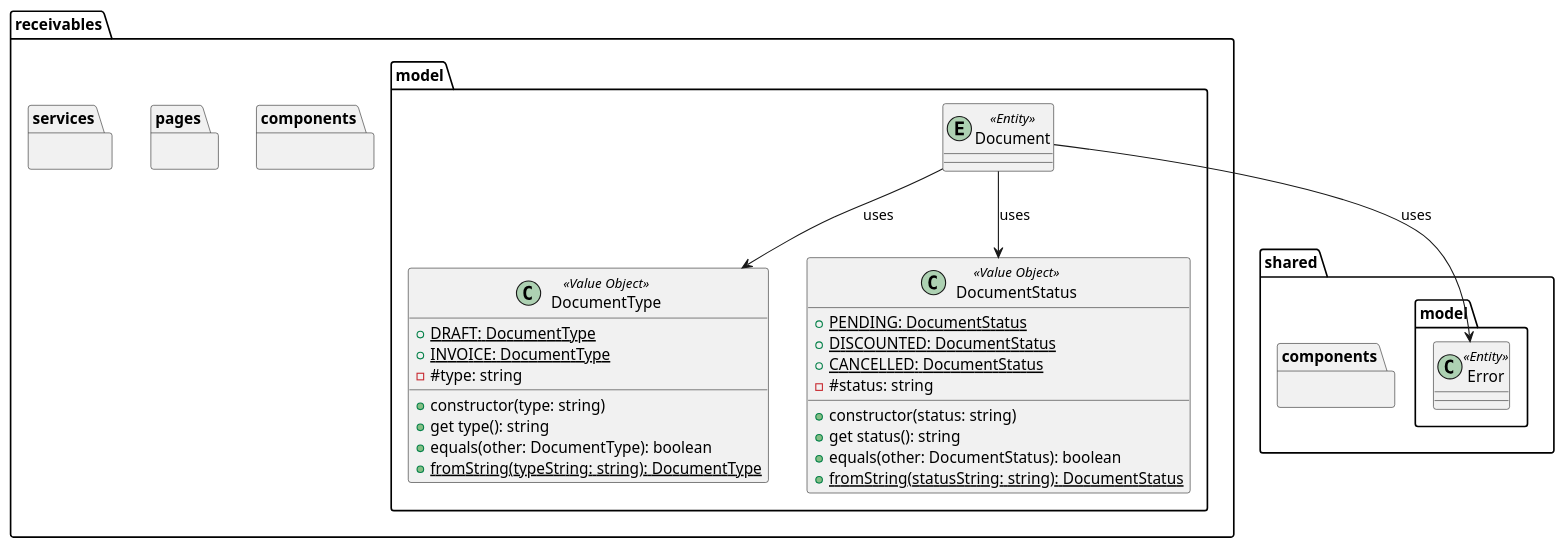
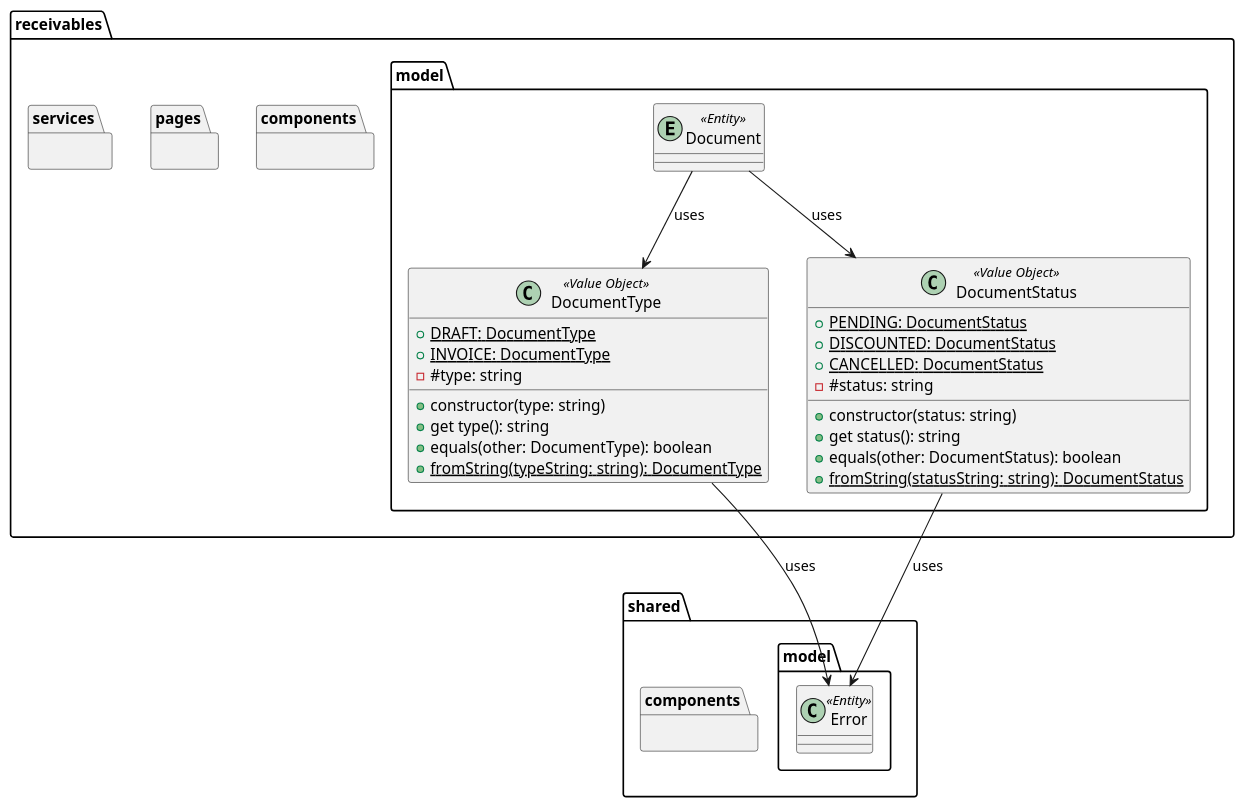
One commit to discuenta/discuenta-web changed the diagram in docs/class-diagram.puml. Above: the diagram before and after it, drawn with PlantUML.

Commit message:
docs: update class diagram to reflect relationships between DocumentStatus, DocumentType, and Error

```diff
--- a/docs/class-diagram.puml
+++ b/docs/class-diagram.puml
@@ -1,60 +1,61 @@
 @startuml Discuenta Class Diagram
 
 package "shared" {
    package "components" {
 
    }
 
    package "model" {
        class "Error" <<Entity>> {
 
        }
    }
 }
 
 package "receivables" {
     package "components" {
 
     }
 
     package "model" {
         entity "Document" <<Entity>> {
 
         }
 
         class "DocumentType" <<Value Object>> {
             + {static} DRAFT: DocumentType
             + {static} INVOICE: DocumentType
             - #type: string
             + constructor(type: string)
             + get type(): string
             + equals(other: DocumentType): boolean
             + {static} fromString(typeString: string): DocumentType
         }
 
         class "DocumentStatus" <<Value Object>> {
             + {static} PENDING: DocumentStatus
             + {static} DISCOUNTED: DocumentStatus
             + {static} CANCELLED: DocumentStatus
             - #status: string
             + constructor(status: string)
             + get status(): string
             + equals(other: DocumentStatus): boolean
             + {static} fromString(statusString: string): DocumentStatus
         }
     }
 
     package "pages" {
 
     }
 
     package "services" {
 
     }
 }
 
 'Relationship
-receivables.model.Document --> shared.model.Error : uses
+receivables.model.DocumentStatus --> shared.model.Error : uses
+receivables.model.DocumentType --> shared.model.Error : uses
 receivables.model.Document --> receivables.model.DocumentType : uses
 receivables.model.Document --> receivables.model.DocumentStatus : uses
 @enduml
```
